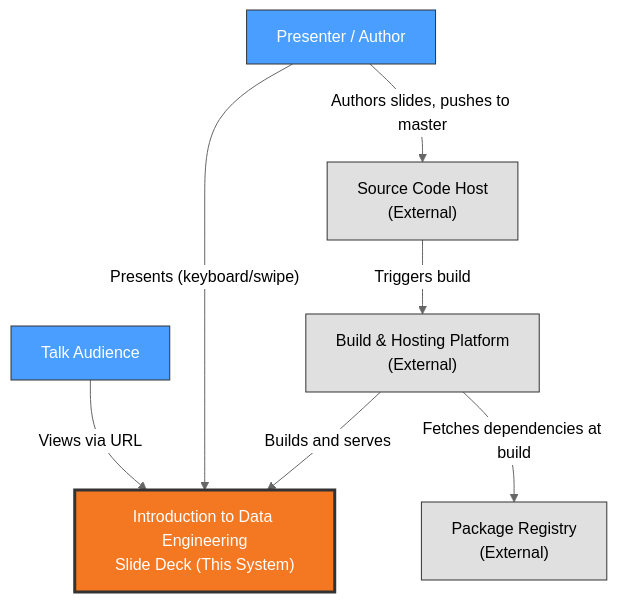
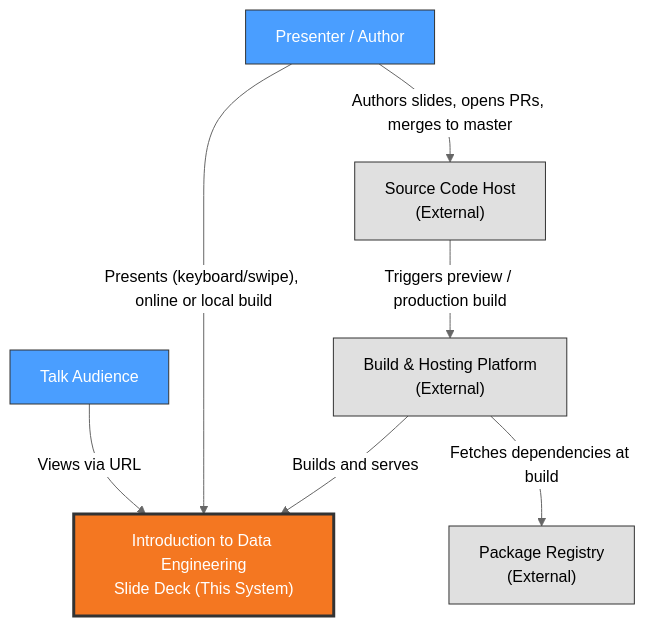
Before and after one commit to sshahar1/introduction-to-data-engineering: the diagram in .specify/architect/views/system/context.md, drawn with Mermaid (neutral theme). The commit also changed other lines of this file and 7 other files, not shown here.

First line of the commit message:
docs: regenerate AD.md for the Astro architecture (T033)

````diff
--- a/.specify/architect/views/system/context.md
+++ b/.specify/architect/views/system/context.md
@@ -45,26 +46,26 @@
 ```mermaid
 graph TD
     Presenter["Presenter / Author"]
     Audience["Talk Audience"]
 
     System["Introduction to Data Engineering<br/>Slide Deck (This System)"]
 
     GitHub["Source Code Host<br/>(External)"]
     Netlify["Build & Hosting Platform<br/>(External)"]
     Registry["Package Registry<br/>(External)"]
 
-    Presenter -->|"Authors slides, pushes to master"| GitHub
-    GitHub -->|"Triggers build"| Netlify
+    Presenter -->|"Authors slides, opens PRs, merges to master"| GitHub
+    GitHub -->|"Triggers preview / production build"| Netlify
     Netlify -->|"Builds and serves"| System
-    Presenter -->|"Presents (keyboard/swipe)"| System
+    Presenter -->|"Presents (keyboard/swipe), online or local build"| System
     Audience -->|"Views via URL"| System
     Netlify -->|"Fetches dependencies at build"| Registry
 
     classDef systemNode fill:#f47721,stroke:#333,stroke-width:3px,color:#fff
     classDef stakeholderNode fill:#4a9eff,stroke:#333,stroke-width:1px,color:#fff
     classDef externalNode fill:#e0e0e0,stroke:#333,stroke-width:1px
 
     class System systemNode
     class Presenter,Audience stakeholderNode
     class GitHub,Netlify,Registry externalNode
 ```
````
